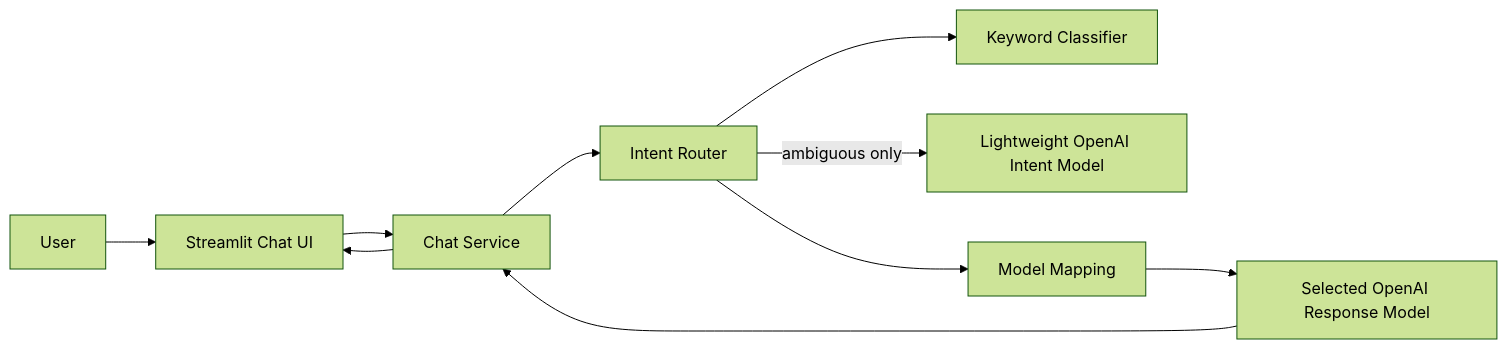
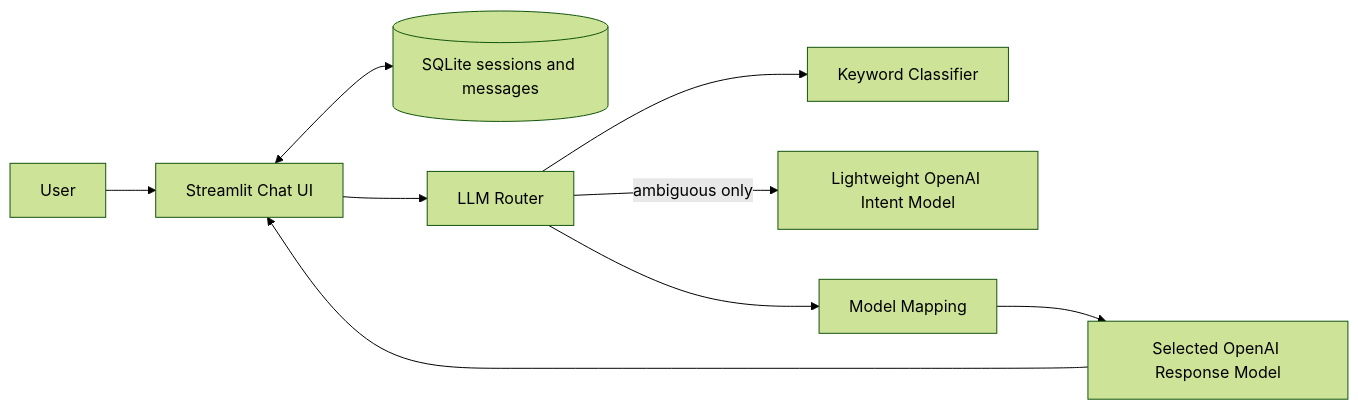
The diagram in docs/05-bare-minimum-mvp-requirements.md (JILLXIA/llmRouter), drawn with Mermaid (forest theme) before and after one commit. The commit also changed other lines of this file and 9 other files, not shown here.

````diff
--- a/docs/05-bare-minimum-mvp-requirements.md
+++ b/docs/05-bare-minimum-mvp-requirements.md
@@ -62,12 +65,11 @@
 ```mermaid
 flowchart LR
     User[User] --> UI[Streamlit Chat UI]
-    UI --> Service[Chat Service]
-    Service --> Router[Intent Router]
+    UI <--> SQLite[(SQLite sessions and messages)]
+    UI --> Router[LLM Router]
     Router --> Keywords[Keyword Classifier]
     Router -->|ambiguous only| IntentLLM[Lightweight OpenAI Intent Model]
     Router --> Selector[Model Mapping]
     Selector --> OpenAI[Selected OpenAI Response Model]
-    OpenAI --> Service
-    Service --> UI
+    OpenAI --> UI
 ```
````
